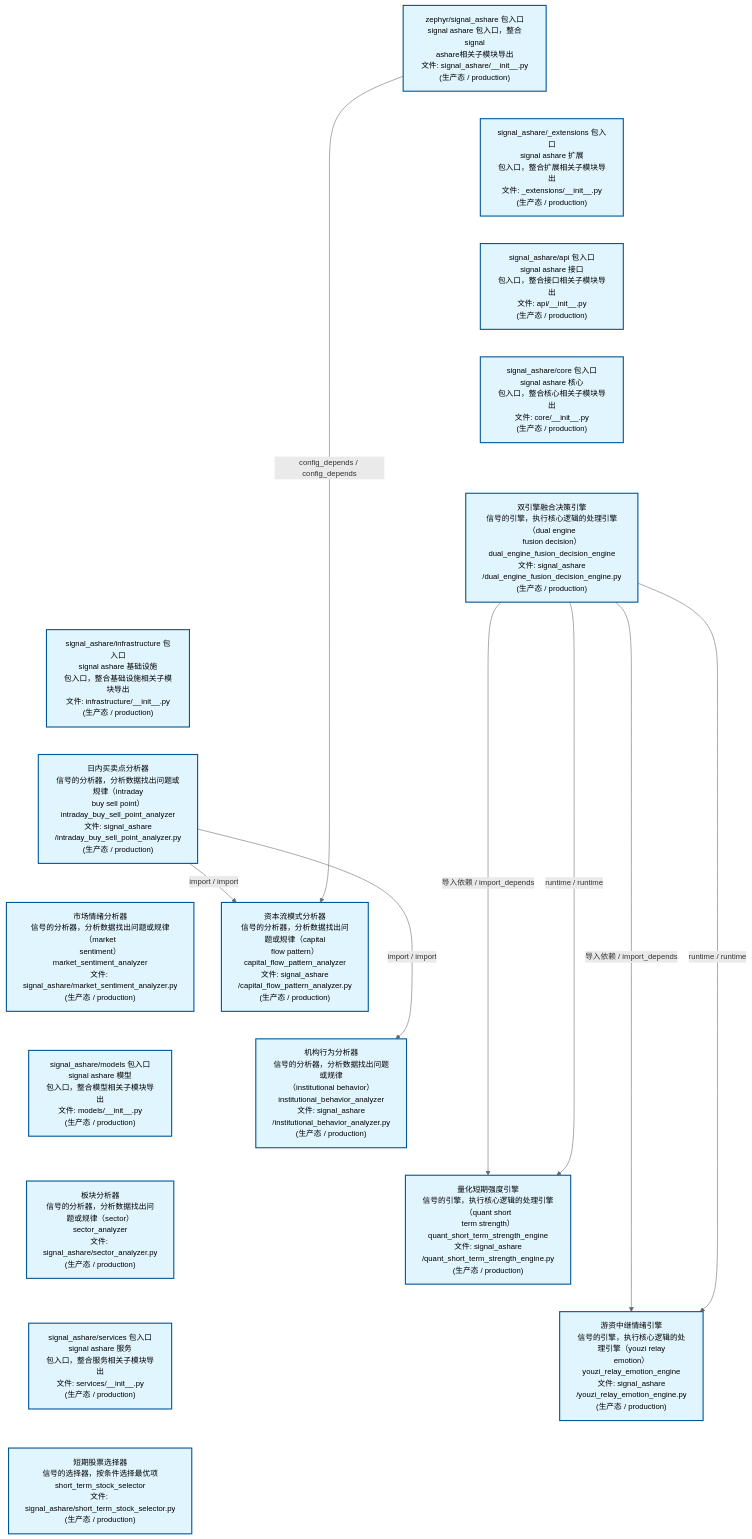
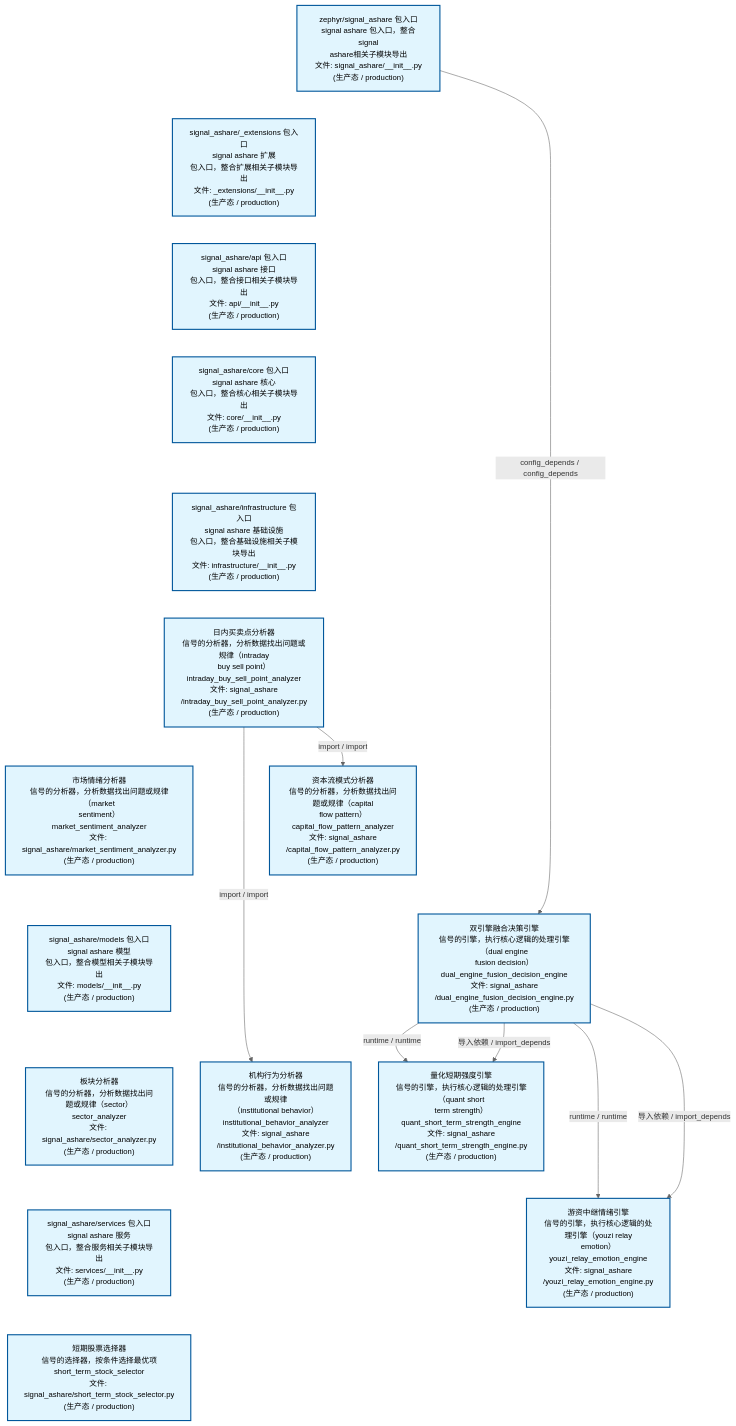
The second of 4 diagrams in docs/02_enterprise_architecture/02_domain_architecture_docs/32_d_ashare_signal.md (xuanFelixVan/ZephyrAlpha), drawn with Mermaid before and after one commit. The commit also changed other lines of this file and 48 other files, not shown here.

````diff
--- a/docs/02_enterprise_architecture/02_domain_architecture_docs/32_d_ashare_signal.md
+++ b/docs/02_enterprise_architecture/02_domain_architecture_docs/32_d_ashare_signal.md
@@ -180,46 +180,45 @@
 ```mermaid
 %%{init: {'theme': 'base', 'themeVariables': {'primaryColor': '#eaeaea', 'primaryTextColor': '#333333', 'primaryBorderColor': '#666666', 'lineColor': '#666666', 'secondaryColor': '#eaeaea', 'tertiaryColor': '#eaeaea', 'fontSize': '14px'}}}%%
 flowchart TD
     src_zephyr_signal_ashare_init_py["zephyr/signal_ashare 包入口<br/>signal ashare 包入口，整合signal<br/>ashare相关子模块导出<br/>文件: signal_ashare/__init__.py<br/>(生产态 / production)"]
     src_zephyr_signal_ashare_extensions_init_py["signal_ashare/_extensions 包入口<br/>signal ashare 扩展<br/>包入口，整合扩展相关子模块导出<br/>文件: _extensions/__init__.py<br/>(生产态 / production)"]
     src_zephyr_signal_ashare_api_init_py["signal_ashare/api 包入口<br/>signal ashare 接口<br/>包入口，整合接口相关子模块导出<br/>文件: api/__init__.py<br/>(生产态 / production)"]
     src_zephyr_signal_ashare_core_init_py["signal_ashare/core 包入口<br/>signal ashare 核心<br/>包入口，整合核心相关子模块导出<br/>文件: core/__init__.py<br/>(生产态 / production)"]
-    src_zephyr_signal_ashare_dual_engine_fusion_decision_engine_py["双引擎融合决策引擎<br/>信号的引擎，执行核心逻辑的处理引擎（dual engine<br/>fusion decision）<br/>dual_engine_fusion_decision_engine<br/>文件: signal_ashare<br/>/dual_engine_fusion_decision_engine.py<br/>(生产态 / production)"]
     src_zephyr_signal_ashare_infrastructure_init_py["signal_ashare/infrastructure 包入口<br/>signal ashare 基础设施<br/>包入口，整合基础设施相关子模块导出<br/>文件: infrastructure/__init__.py<br/>(生产态 / production)"]
     src_zephyr_signal_ashare_intraday_buy_sell_point_analyzer_py["日内买卖点分析器<br/>信号的分析器，分析数据找出问题或规律（intraday<br/>buy sell point）<br/>intraday_buy_sell_point_analyzer<br/>文件: signal_ashare<br/>/intraday_buy_sell_point_analyzer.py<br/>(生产态 / production)"]
     src_zephyr_signal_ashare_market_sentiment_analyzer_py["市场情绪分析器<br/>信号的分析器，分析数据找出问题或规律（market<br/>sentiment）<br/>market_sentiment_analyzer<br/>文件: signal_ashare/market_sentiment_analyzer.py<br/>(生产态 / production)"]
     src_zephyr_signal_ashare_models_init_py["signal_ashare/models 包入口<br/>signal ashare 模型<br/>包入口，整合模型相关子模块导出<br/>文件: models/__init__.py<br/>(生产态 / production)"]
     src_zephyr_signal_ashare_sector_analyzer_py["板块分析器<br/>信号的分析器，分析数据找出问题或规律（sector）<br/>sector_analyzer<br/>文件: signal_ashare/sector_analyzer.py<br/>(生产态 / production)"]
     src_zephyr_signal_ashare_services_init_py["signal_ashare/services 包入口<br/>signal ashare 服务<br/>包入口，整合服务相关子模块导出<br/>文件: services/__init__.py<br/>(生产态 / production)"]
     src_zephyr_signal_ashare_short_term_stock_selector_py["短期股票选择器<br/>信号的选择器，按条件选择最优项<br/>short_term_stock_selector<br/>文件: signal_ashare/short_term_stock_selector.py<br/>(生产态 / production)"]
     src_zephyr_signal_ashare_init_py ~~~ src_zephyr_signal_ashare_extensions_init_py
     src_zephyr_signal_ashare_extensions_init_py ~~~ src_zephyr_signal_ashare_api_init_py
     src_zephyr_signal_ashare_api_init_py ~~~ src_zephyr_signal_ashare_core_init_py
-    src_zephyr_signal_ashare_core_init_py ~~~ src_zephyr_signal_ashare_dual_engine_fusion_decision_engine_py
-    src_zephyr_signal_ashare_dual_engine_fusion_decision_engine_py ~~~ src_zephyr_signal_ashare_infrastructure_init_py
+    src_zephyr_signal_ashare_core_init_py ~~~ src_zephyr_signal_ashare_infrastructure_init_py
     src_zephyr_signal_ashare_infrastructure_init_py ~~~ src_zephyr_signal_ashare_intraday_buy_sell_point_analyzer_py
     src_zephyr_signal_ashare_intraday_buy_sell_point_analyzer_py ~~~ src_zephyr_signal_ashare_market_sentiment_analyzer_py
     src_zephyr_signal_ashare_market_sentiment_analyzer_py ~~~ src_zephyr_signal_ashare_models_init_py
     src_zephyr_signal_ashare_models_init_py ~~~ src_zephyr_signal_ashare_sector_analyzer_py
     src_zephyr_signal_ashare_sector_analyzer_py ~~~ src_zephyr_signal_ashare_services_init_py
     src_zephyr_signal_ashare_services_init_py ~~~ src_zephyr_signal_ashare_short_term_stock_selector_py
     src_zephyr_signal_ashare_capital_flow_pattern_analyzer_py["资本流模式分析器<br/>信号的分析器，分析数据找出问题或规律（capital<br/>flow pattern）<br/>capital_flow_pattern_analyzer<br/>文件: signal_ashare<br/>/capital_flow_pattern_analyzer.py<br/>(生产态 / production)"]
+    src_zephyr_signal_ashare_dual_engine_fusion_decision_engine_py["双引擎融合决策引擎<br/>信号的引擎，执行核心逻辑的处理引擎（dual engine<br/>fusion decision）<br/>dual_engine_fusion_decision_engine<br/>文件: signal_ashare<br/>/dual_engine_fusion_decision_engine.py<br/>(生产态 / production)"]
     src_zephyr_signal_ashare_institutional_behavior_analyzer_py["机构行为分析器<br/>信号的分析器，分析数据找出问题或规律<br/>（institutional behavior）<br/>institutional_behavior_analyzer<br/>文件: signal_ashare<br/>/institutional_behavior_analyzer.py<br/>(生产态 / production)"]
+    src_zephyr_signal_ashare_capital_flow_pattern_analyzer_py ~~~ src_zephyr_signal_ashare_dual_engine_fusion_decision_engine_py
+    src_zephyr_signal_ashare_dual_engine_fusion_decision_engine_py ~~~ src_zephyr_signal_ashare_institutional_behavior_analyzer_py
     src_zephyr_signal_ashare_quant_short_term_strength_engine_py["量化短期强度引擎<br/>信号的引擎，执行核心逻辑的处理引擎（quant short<br/>term strength）<br/>quant_short_term_strength_engine<br/>文件: signal_ashare<br/>/quant_short_term_strength_engine.py<br/>(生产态 / production)"]
     src_zephyr_signal_ashare_youzi_relay_emotion_engine_py["游资中继情绪引擎<br/>信号的引擎，执行核心逻辑的处理引擎（youzi relay<br/>emotion）<br/>youzi_relay_emotion_engine<br/>文件: signal_ashare<br/>/youzi_relay_emotion_engine.py<br/>(生产态 / production)"]
-    src_zephyr_signal_ashare_capital_flow_pattern_analyzer_py ~~~ src_zephyr_signal_ashare_institutional_behavior_analyzer_py
-    src_zephyr_signal_ashare_institutional_behavior_analyzer_py ~~~ src_zephyr_signal_ashare_quant_short_term_strength_engine_py
     src_zephyr_signal_ashare_quant_short_term_strength_engine_py ~~~ src_zephyr_signal_ashare_youzi_relay_emotion_engine_py
+    src_zephyr_signal_ashare_dual_engine_fusion_decision_engine_py -->|runtime / runtime| src_zephyr_signal_ashare_quant_short_term_strength_engine_py
+    src_zephyr_signal_ashare_dual_engine_fusion_decision_engine_py -->|导入依赖 / import_depends| src_zephyr_signal_ashare_quant_short_term_strength_engine_py
+    src_zephyr_signal_ashare_dual_engine_fusion_decision_engine_py -->|runtime / runtime| src_zephyr_signal_ashare_youzi_relay_emotion_engine_py
+    src_zephyr_signal_ashare_dual_engine_fusion_decision_engine_py -->|导入依赖 / import_depends| src_zephyr_signal_ashare_youzi_relay_emotion_engine_py
+    src_zephyr_signal_ashare_intraday_buy_sell_point_analyzer_py -->|import / import| src_zephyr_signal_ashare_institutional_behavior_analyzer_py
     src_zephyr_signal_ashare_intraday_buy_sell_point_analyzer_py -->|import / import| src_zephyr_signal_ashare_capital_flow_pattern_analyzer_py
-    src_zephyr_signal_ashare_intraday_buy_sell_point_analyzer_py -->|import / import| src_zephyr_signal_ashare_institutional_behavior_analyzer_py
-    src_zephyr_signal_ashare_dual_engine_fusion_decision_engine_py -->|导入依赖 / import_depends| src_zephyr_signal_ashare_quant_short_term_strength_engine_py
-    src_zephyr_signal_ashare_dual_engine_fusion_decision_engine_py -->|runtime / runtime| src_zephyr_signal_ashare_quant_short_term_strength_engine_py
-    src_zephyr_signal_ashare_dual_engine_fusion_decision_engine_py -->|导入依赖 / import_depends| src_zephyr_signal_ashare_youzi_relay_emotion_engine_py
-    src_zephyr_signal_ashare_dual_engine_fusion_decision_engine_py -->|runtime / runtime| src_zephyr_signal_ashare_youzi_relay_emotion_engine_py
-    src_zephyr_signal_ashare_init_py -->|config_depends / config_depends| src_zephyr_signal_ashare_capital_flow_pattern_analyzer_py
+    src_zephyr_signal_ashare_init_py -->|config_depends / config_depends| src_zephyr_signal_ashare_dual_engine_fusion_decision_engine_py
     classDef production fill:#e1f5fe,stroke:#01579b,stroke-width:2px,color:#000
     classDef design fill:#fff3e0,stroke:#e65100,stroke-width:2px,color:#000,stroke-dasharray: 5 5
     classDef external_prod fill:#e8f4fd,stroke:#0277bd,stroke-width:1px,color:#000
     classDef external_design fill:#fff8e7,stroke:#ef6c00,stroke-width:1px,color:#000,stroke-dasharray: 5 5
     class src_zephyr_signal_ashare_init_py,src_zephyr_signal_ashare_extensions_init_py,src_zephyr_signal_ashare_api_init_py,src_zephyr_signal_ashare_capital_flow_pattern_analyzer_py,src_zephyr_signal_ashare_core_init_py,src_zephyr_signal_ashare_dual_engine_fusion_decision_engine_py,src_zephyr_signal_ashare_infrastructure_init_py,src_zephyr_signal_ashare_institutional_behavior_analyzer_py,src_zephyr_signal_ashare_intraday_buy_sell_point_analyzer_py,src_zephyr_signal_ashare_market_sentiment_analyzer_py,src_zephyr_signal_ashare_models_init_py,src_zephyr_signal_ashare_quant_short_term_strength_engine_py,src_zephyr_signal_ashare_sector_analyzer_py,src_zephyr_signal_ashare_services_init_py,src_zephyr_signal_ashare_short_term_stock_selector_py,src_zephyr_signal_ashare_youzi_relay_emotion_engine_py production
 ```
````
